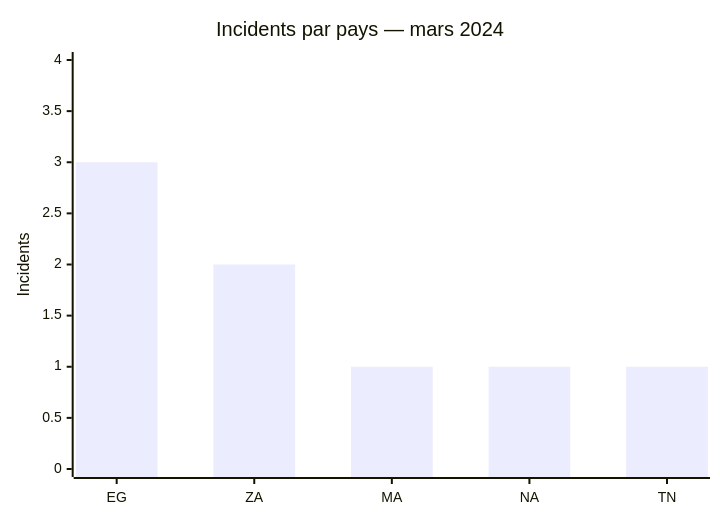
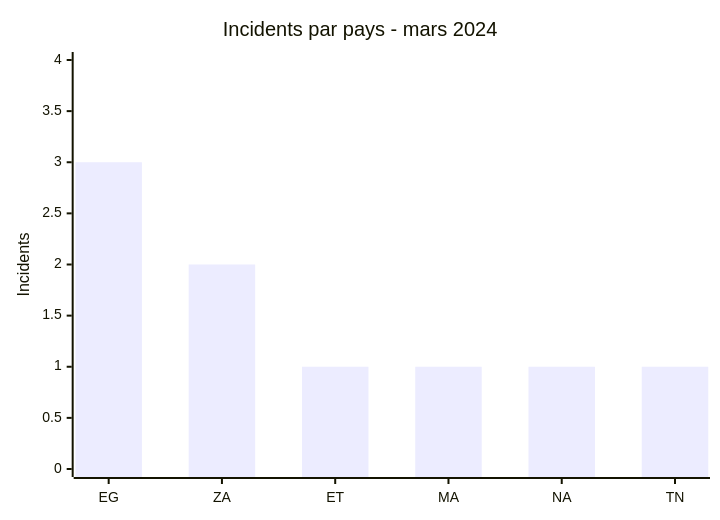
The first of 2 diagrams in CyberAttackAfrica/2024/03-march/README_FR.md (Hatchepsoute/AFRINTEL), drawn with Mermaid before and after one commit. The commit also changed other lines of this file and 182 other files, not shown here.

````diff
--- a/CyberAttackAfrica/2024/03-march/README_FR.md
+++ b/CyberAttackAfrica/2024/03-march/README_FR.md
@@ -45,7 +46,7 @@
 ```mermaid
 xychart
-    title "Incidents par pays — mars 2024"
-    x-axis ["EG","ZA","MA","NA","TN"]
+    title "Incidents par pays - mars 2024"
+    x-axis ["EG","ZA","ET","MA","NA","TN"]
     y-axis "Incidents" 0 --> 4
-    bar [3,2,1,1,1]
+    bar [3,2,1,1,1,1]
 ```
````
